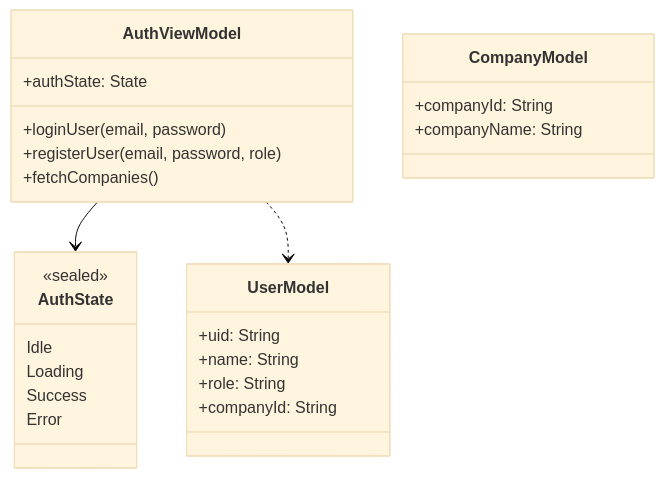
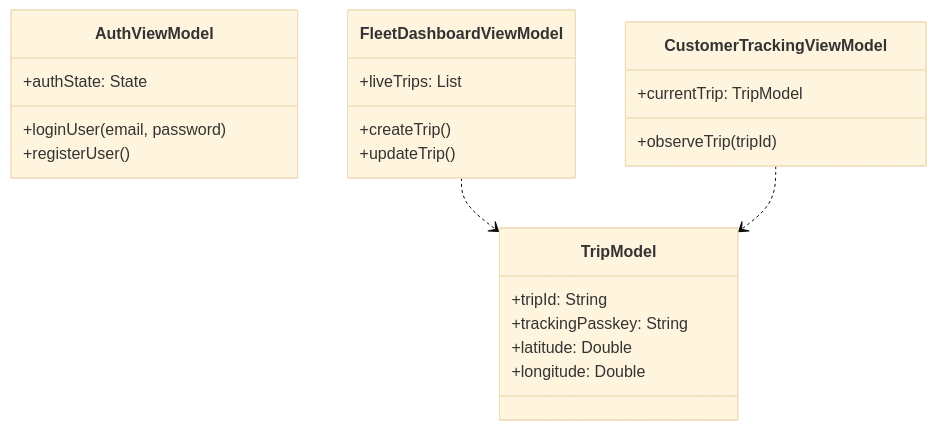
Before and after one commit to navnita-sharma/FleetSync: the fifth of 6 diagrams in README.md, drawn with Mermaid (base theme). The commit also changed other lines of this file and 12 other files, not shown here.

Commit message:
Initial FleetSync project with README diagrams

````diff
--- a/README.md
+++ b/README.md
@@ -92,28 +98,25 @@
 ```mermaid
 classDiagram
     class AuthViewModel {
         +authState: State
         +loginUser(email, password)
-        +registerUser(email, password, role)
-        +fetchCompanies()
+        +registerUser()
     }
-    class UserModel {
-        +uid: String
-        +name: String
-        +role: String
-        +companyId: String
+    class FleetDashboardViewModel {
+        +liveTrips: List
+        +createTrip()
+        +updateTrip()
     }
-    class CompanyModel {
-        +companyId: String
-        +companyName: String
+    class CustomerTrackingViewModel {
+        +currentTrip: TripModel
+        +observeTrip(tripId)
     }
-    class AuthState {
-        <<sealed>>
-        Idle
-        Loading
-        Success
-        Error
+    class TripModel {
+        +tripId: String
+        +trackingPasskey: String
+        +latitude: Double
+        +longitude: Double
     }
-    AuthViewModel --> AuthState
-    AuthViewModel ..> UserModel
+    FleetDashboardViewModel ..> TripModel
+    CustomerTrackingViewModel ..> TripModel
 ```
````
